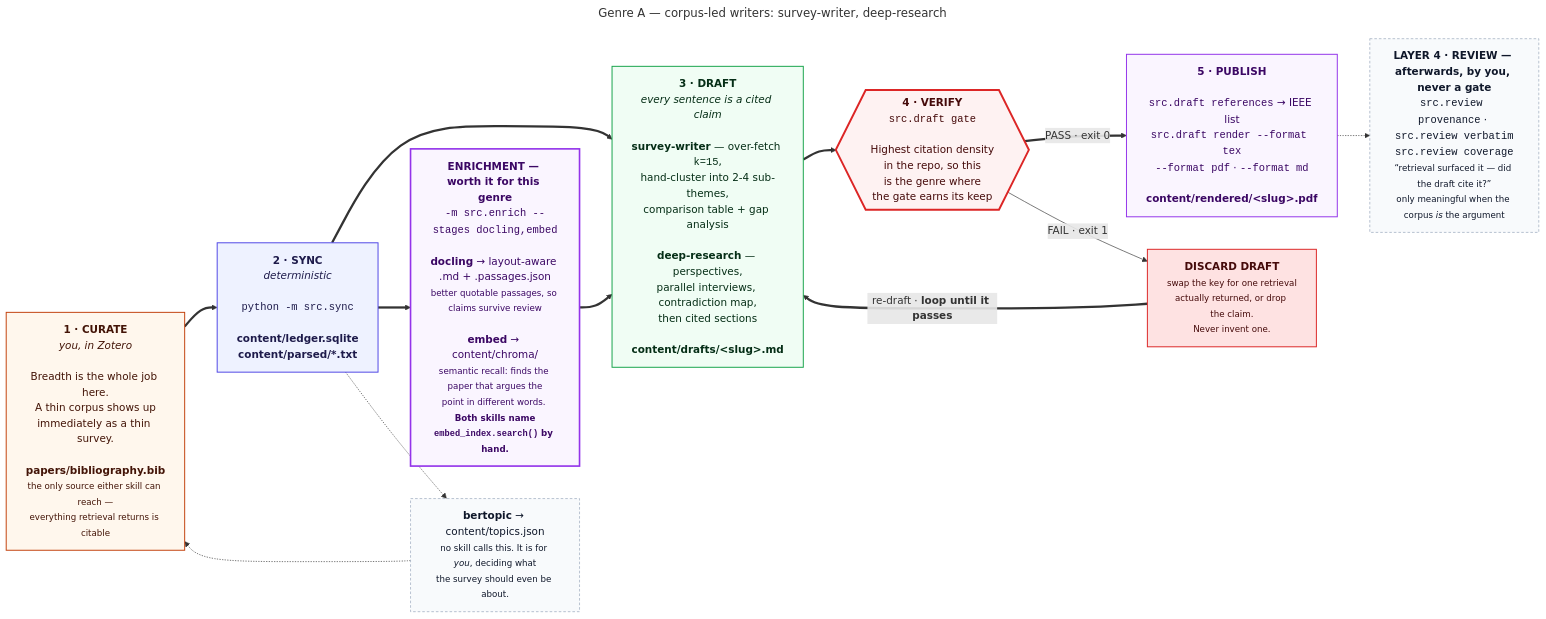
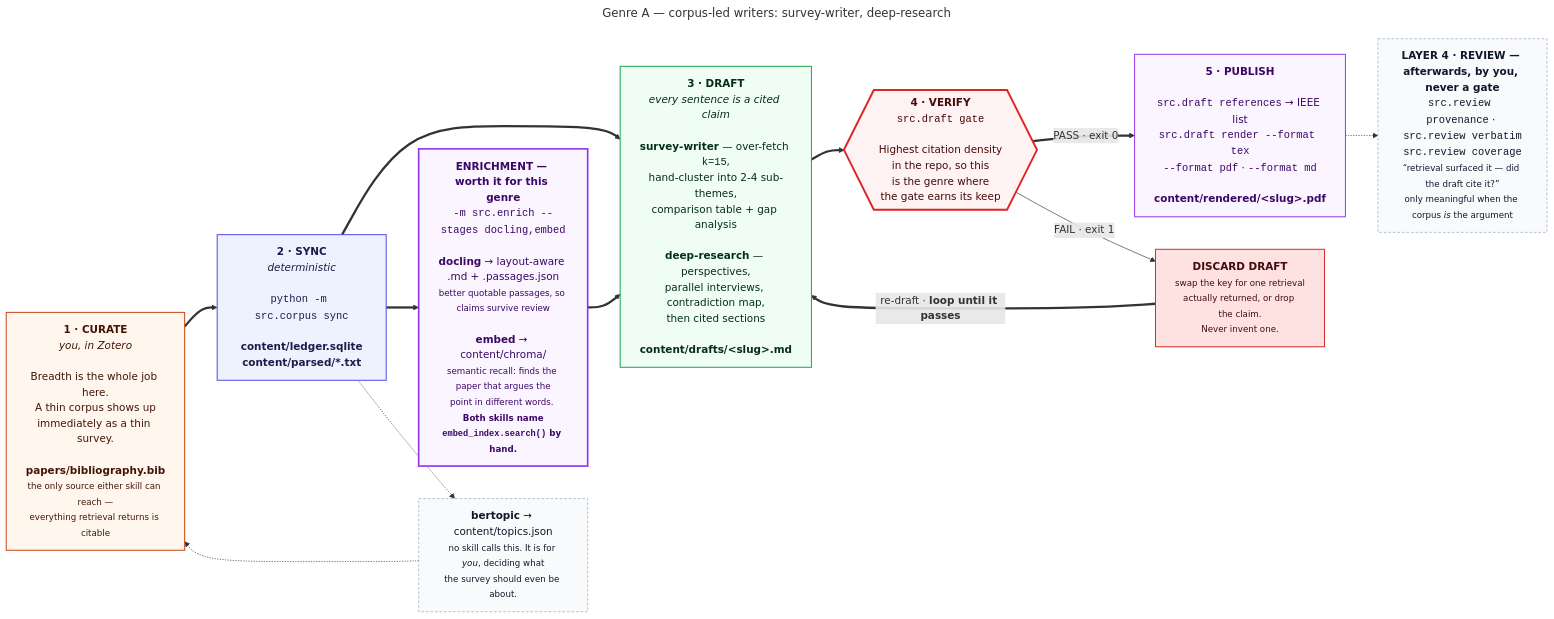
One commit to prasadtalasila/chitragupta changed the diagram in docs/diagrams/g1-corpus-led.mmd. Above: the diagram before and after it, drawn with Mermaid. The commit also changed 89 other files, not shown here.

```diff
--- a/docs/diagrams/g1-corpus-led.mmd
+++ b/docs/diagrams/g1-corpus-led.mmd
@@ -1,48 +1,48 @@
 ---
 title: "Genre A — corpus-led writers: survey-writer, deep-research"
 ---
 flowchart LR
 
   P0["<b>1 · CURATE</b><br/><i>you, in Zotero</i><br/><br/>Breadth is the whole job here.<br/>A thin corpus shows up<br/>immediately as a thin survey.<br/><br/><b>papers/bibliography.bib</b><br/><small>the only source either skill can reach —<br/>everything retrieval returns is citable</small>"]
 
-  P1["<b>2 · SYNC</b><br/><i>deterministic</i><br/><br/><code>python -m src.sync</code><br/><br/><b>content/ledger.sqlite</b><br/><b>content/parsed/*.txt</b>"]
+  P1["<b>2 · SYNC</b><br/><i>deterministic</i><br/><br/><code>python -m src.corpus sync</code><br/><br/><b>content/ledger.sqlite</b><br/><b>content/parsed/*.txt</b>"]
 
   HEAVY["<b>ENRICHMENT — worth it for this genre</b><br/><code>-m src.enrich --stages docling,embed</code><br/><br/><b>docling</b> → layout-aware .md + .passages.json<br/><small>better quotable passages, so claims survive review</small><br/><br/><b>embed</b> → content/chroma/<br/><small>semantic recall: finds the paper that argues the<br/>point in different words. <b>Both skills name<br/><code>embed_index.search()</code> by hand.</b></small>"]
 
   P2["<b>3 · DRAFT</b><br/><i>every sentence is a cited claim</i><br/><br/><b>survey-writer</b> — over-fetch <code>k=15</code>,<br/>hand-cluster into 2-4 sub-themes,<br/>comparison table + gap analysis<br/><br/><b>deep-research</b> — perspectives,<br/>parallel interviews, contradiction map,<br/>then cited sections<br/><br/><b>content/drafts/&lt;slug&gt;.md</b>"]
 
   P3{{"<b>4 · VERIFY</b><br/><code>src.draft gate</code><br/><br/>Highest citation density<br/>in the repo, so this<br/>is the genre where<br/>the gate earns its keep"}}
 
   FIX["<b>DISCARD DRAFT</b><br/><small>swap the key for one retrieval<br/>actually returned, or drop the claim.<br/>Never invent one.</small>"]
 
   P4["<b>5 · PUBLISH</b><br/><br/><code>src.draft references</code> → IEEE list<br/><code>src.draft render --format tex</code><br/><code>--format pdf</code> · <code>--format md</code><br/><br/><b>content/rendered/&lt;slug&gt;.pdf</b>"]
 
   AID["<b>LAYER 4 · REVIEW — afterwards, by you, never a gate</b><br/><code>src.review provenance</code> · <code>src.review verbatim</code><br/><code>src.review coverage</code><br/><small>“retrieval surfaced it — did the draft cite it?”<br/>only meaningful when the corpus <i>is</i> the argument</small>"]
 
   BERT["<b>bertopic</b> → content/topics.json<br/><small>no skill calls this. It is for <i>you</i>, deciding what<br/>the survey should even be about.</small>"]
 
   P0 ==> P1 ==> P2 ==> P3
   P1 ==> HEAVY ==> P2
   P3 == "PASS · exit 0" ==> P4
   P3 -- "FAIL · exit 1" --> FIX
   FIX == "re-draft · <b>loop until it passes</b>" ==> P2
   P4 -.-> AID
   P1 -.-> BERT -.-> P0
 
   classDef you fill:#fff7ed,stroke:#c2410c,stroke-width:1.5px,color:#431407
   classDef det fill:#eef2ff,stroke:#4f46e5,stroke-width:1.5px,color:#1e1b4b
   classDef gen fill:#f0fdf4,stroke:#16a34a,stroke-width:1.5px,color:#052e16
   classDef gate fill:#fef2f2,stroke:#dc2626,stroke-width:3px,color:#450a0a
   classDef out fill:#faf5ff,stroke:#9333ea,stroke-width:1.5px,color:#3b0764
   classDef bad fill:#fee2e2,stroke:#dc2626,stroke-width:1.5px,color:#450a0a
   classDef heavy fill:#faf5ff,stroke:#9333ea,stroke-width:2.5px,color:#3b0764
   classDef aid fill:#f8fafc,stroke:#94a3b8,stroke-dasharray:4 3,color:#0f172a
 
   class P0 you
   class P1 det
   class P2 gen
   class P3 gate
   class P4 out
   class FIX bad
   class HEAVY heavy
   class AID,BERT aid
```
